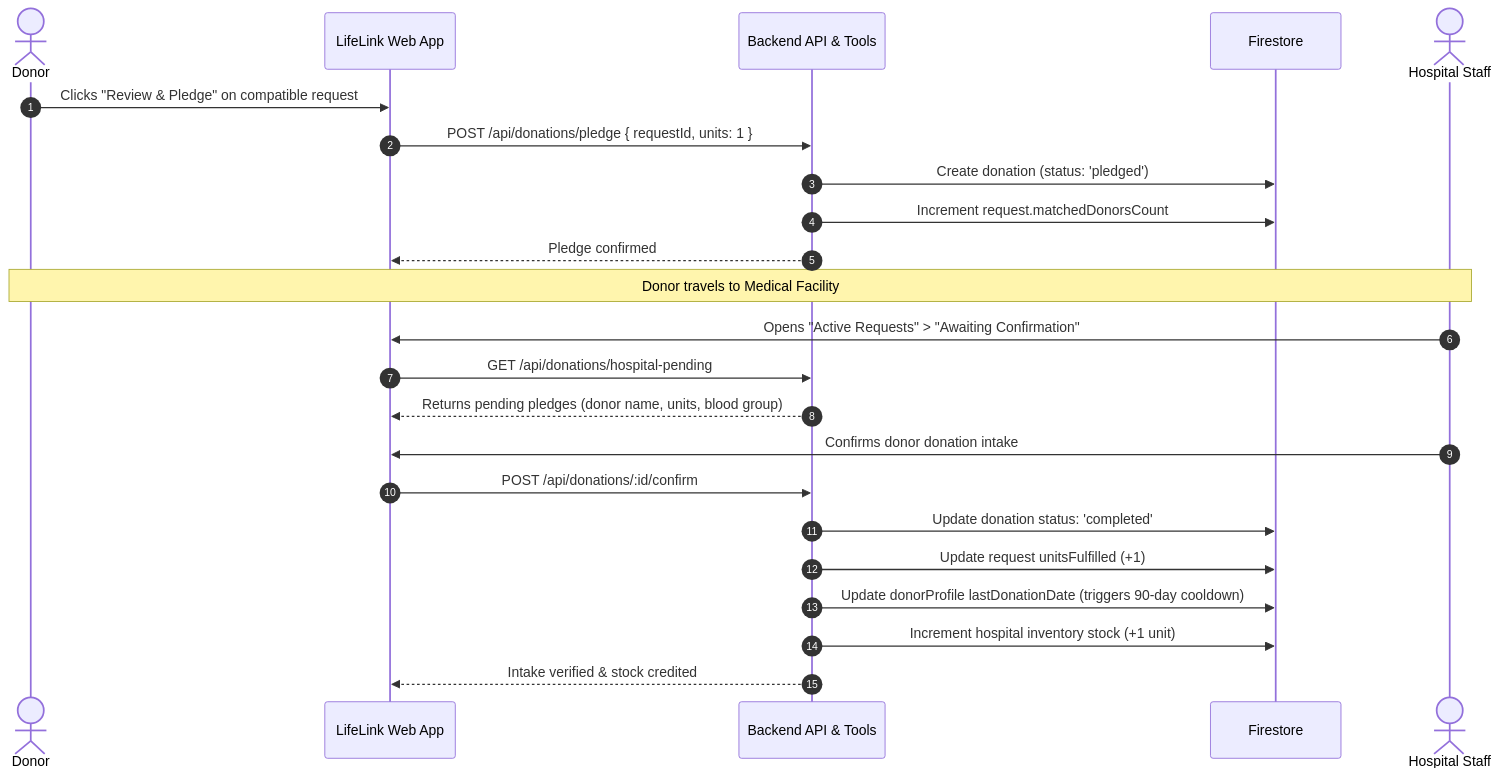
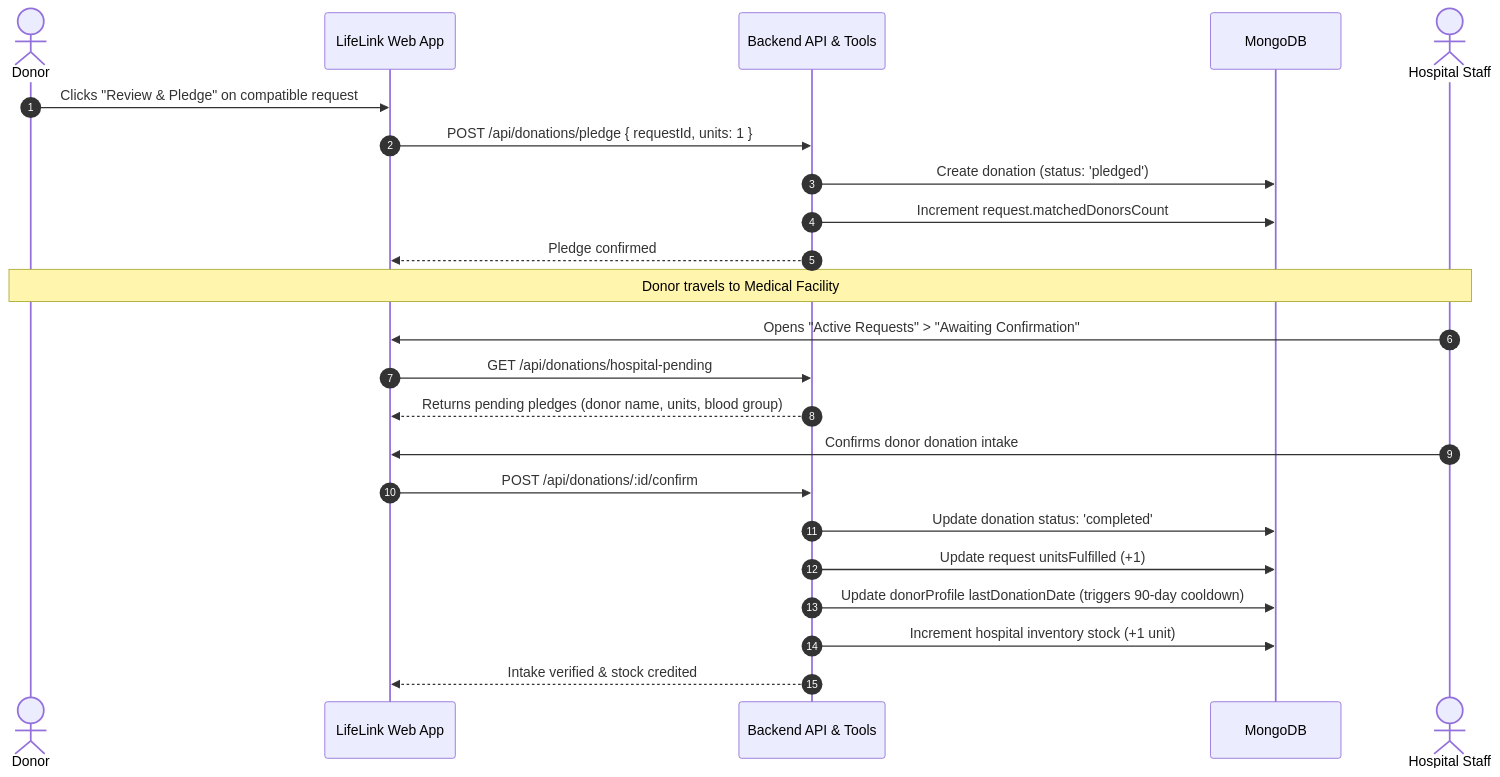
One commit to tejas-coder28/LifeLink changed the second of 2 diagrams in docs/data-model.md. Above: the diagram before and after it, drawn with Mermaid. The commit also changed other lines of this file and 2 other files, not shown here.

Commit message:
docs: phase 8 - update README, data-model.md, and env docs for MongoDB

````diff
--- a/docs/data-model.md
+++ b/docs/data-model.md
@@ -52,27 +55,27 @@
 ```mermaid
 sequenceDiagram
     autonumber
     actor Donor
     participant Web as LifeLink Web App
     participant API as Backend API & Tools
-    participant DB as Firestore
+    participant DB as MongoDB
     actor Hospital as Hospital Staff
 
     Donor->>Web: Clicks "Review & Pledge" on compatible request
     Web->>API: POST /api/donations/pledge { requestId, units: 1 }
     API->>DB: Create donation (status: 'pledged')
     API->>DB: Increment request.matchedDonorsCount
     API-->>Web: Pledge confirmed
     Note over Donor,Hospital: Donor travels to Medical Facility
 
     Hospital->>Web: Opens "Active Requests" > "Awaiting Confirmation"
     Web->>API: GET /api/donations/hospital-pending
     API-->>Web: Returns pending pledges (donor name, units, blood group)
     Hospital->>Web: Confirms donor donation intake
     Web->>API: POST /api/donations/:id/confirm
     API->>DB: Update donation status: 'completed'
     API->>DB: Update request unitsFulfilled (+1)
     API->>DB: Update donorProfile lastDonationDate (triggers 90-day cooldown)
     API->>DB: Increment hospital inventory stock (+1 unit)
     API-->>Web: Intake verified & stock credited
 ```
````
